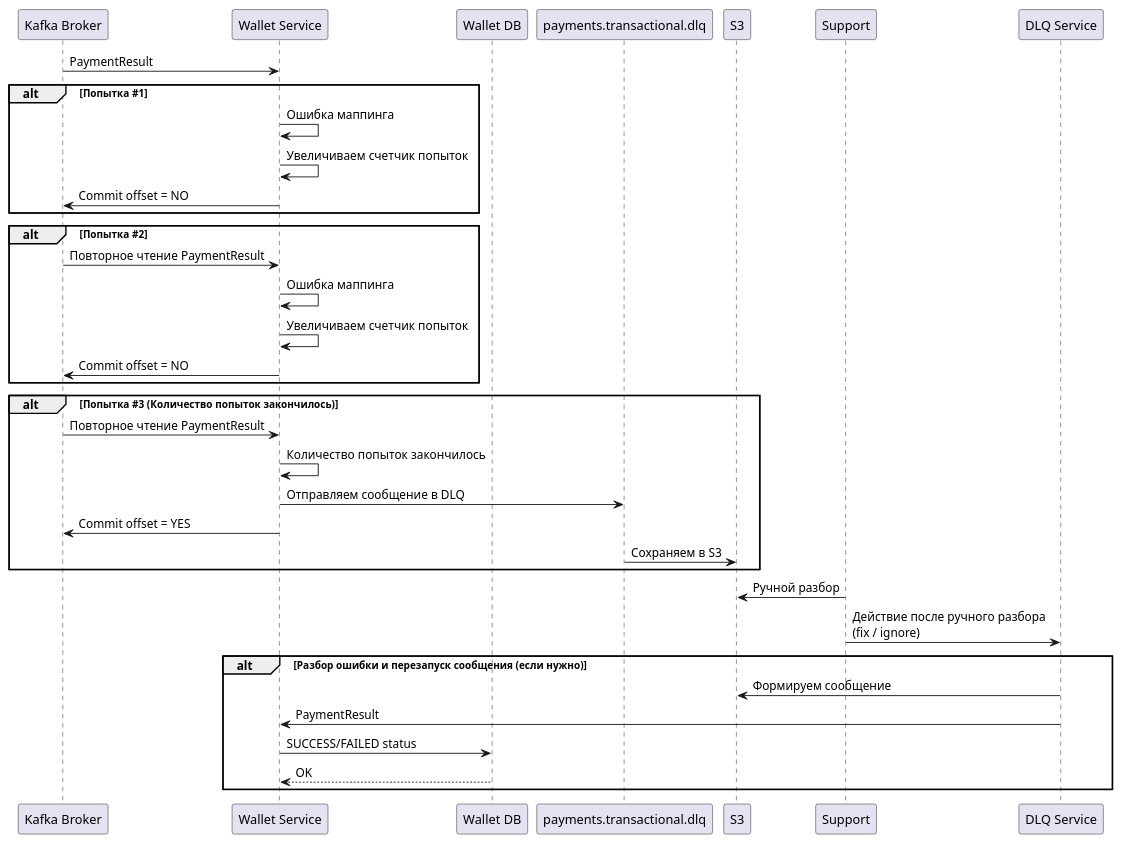
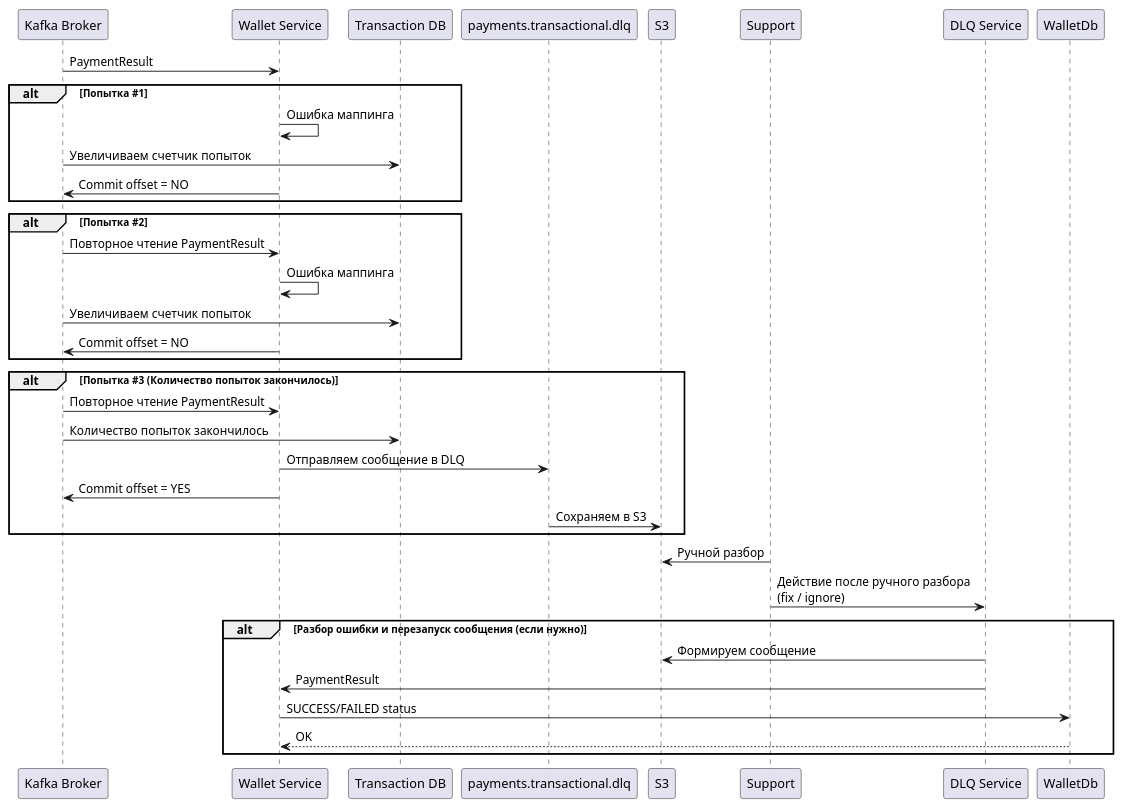
The diagram in sequence/sequence_dlq.puml (evg-akulov/sdia), drawn with PlantUML before and after one commit. The commit also changed 5 other files, not shown here.

```diff
--- a/sequence/sequence_dlq.puml
+++ b/sequence/sequence_dlq.puml
@@ -1,44 +1,44 @@
 @startuml
 
 participant "Kafka Broker" as Kafka
 participant "Wallet Service" as Wallet
-participant "Wallet DB" as WalletDb
+participant "Transaction DB" as TransactionDb
 participant "payments.transactional.dlq" as DLQ
 participant "S3" as S3
 participant "Support" as Support
 participant "DLQ Service" as DLQService
 
 Kafka -> Wallet: PaymentResult
 
 alt Попытка #1
     Wallet -> Wallet: Ошибка маппинга
-    Wallet -> Wallet: Увеличиваем счетчик попыток
+    Kafka -> TransactionDb: Увеличиваем счетчик попыток
     Wallet -> Kafka: Commit offset = NO
 end
 
 alt Попытка #2
     Kafka -> Wallet: Повторное чтение PaymentResult
     Wallet -> Wallet: Ошибка маппинга
-    Wallet -> Wallet: Увеличиваем счетчик попыток
+    Kafka -> TransactionDb: Увеличиваем счетчик попыток
     Wallet -> Kafka: Commit offset = NO
 end
 
 alt Попытка #3 (Количество попыток закончилось)
     Kafka -> Wallet: Повторное чтение PaymentResult
-    Wallet -> Wallet: Количество попыток закончилось
+    Kafka -> TransactionDb: Количество попыток закончилось
     Wallet -> DLQ: Отправляем сообщение в DLQ
     Wallet -> Kafka: Commit offset = YES
     DLQ -> S3: Сохраняем в S3
 end
 
 Support -> S3: Ручной разбор
 Support -> DLQService: Действие после ручного разбора\n(fix / ignore)
 
 alt Разбор ошибки и перезапуск сообщения (если нужно)
     DLQService -> S3: Формируем сообщение
     DLQService -> Wallet: PaymentResult
     Wallet -> WalletDb: SUCCESS/FAILED status
     WalletDb --> Wallet: OK
 end
 
 @enduml
```
